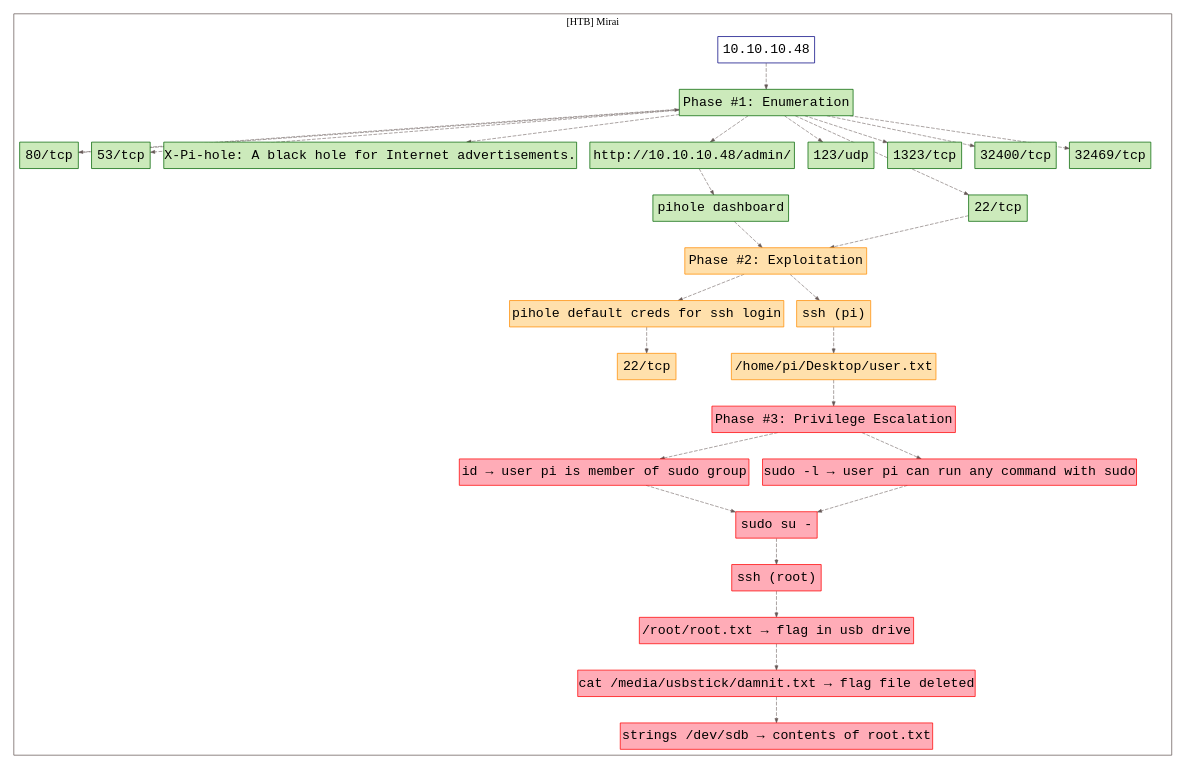
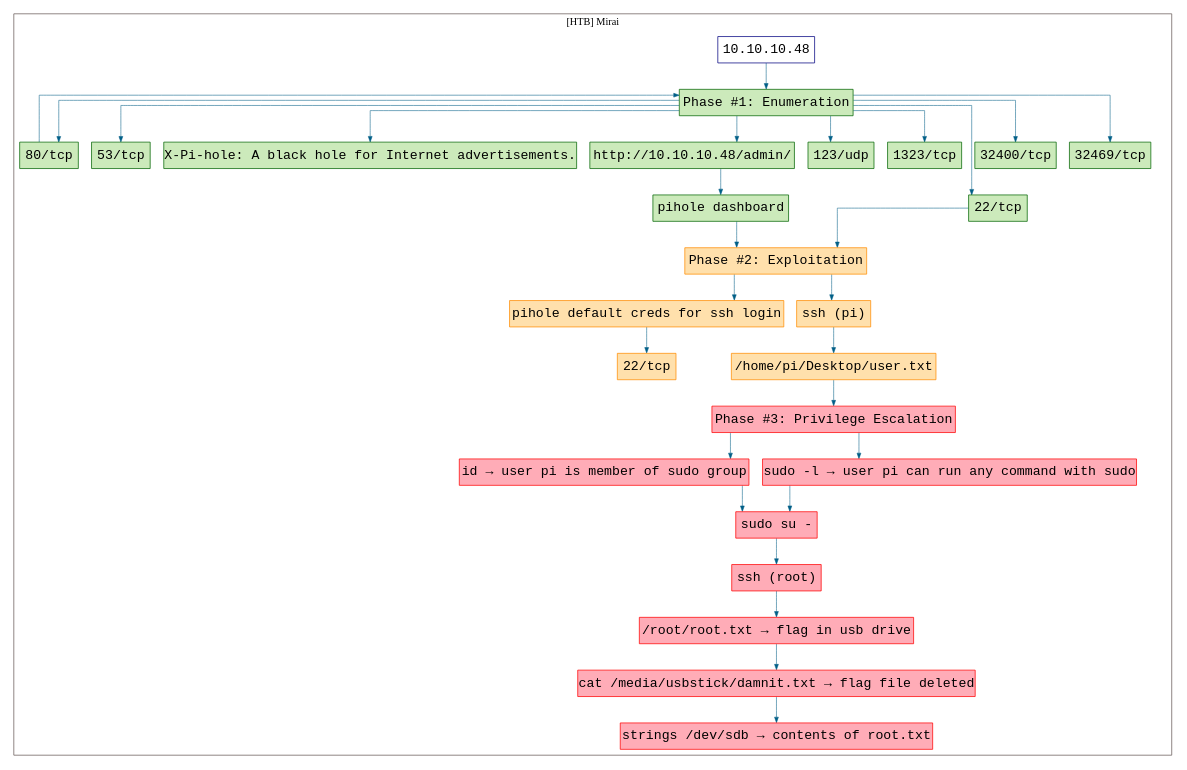
One commit to 7h3rAm/writeups changed the diagram in htb.mirai/killchain.dot. Above: the diagram before and after it, drawn with Graphviz. The commit also changed 112 other files, not shown here.

```diff
--- a/htb.mirai/killchain.dot
+++ b/htb.mirai/killchain.dot
@@ -1,65 +1,65 @@
 digraph G {
   #rankdir=LR;
-  nodesdictep=1.0; splines="line"; K=0.6; overlap=scale; fixedsize=true; resolution=72; bgcolor="#ffffff"; outputorder="edgesfirst";
+  nodesdictep=1.0; splines="ortho"; K=0.6; overlap=scale; fixedsize=true; resolution=72; bgcolor="#ffffff"; outputorder="edgesfirst";
   node [fontname="courier" fontsize=18 shape=box width=0.25 fillcolor="white" style="filled,solid"];
-  edge [style=dashed color="#665957" penwidth=0.75 arrowsize=0.6];
+  edge [style=solid color="#005f87" penwidth=0.75 arrowsize=0.75];
 
   0[label="10.10.10.48" color="navyblue" fillcolor="#ffffff" tooltip="[HTB] Mirai"];
   10[label="ssh (root)" color="red" fillcolor="#ffacb7" tooltip="Phase #3:Privilege Escalation"];
   11[label="/root/root.txt → flag in usb drive" color="red" fillcolor="#ffacb7" tooltip="Phase #3:Privilege Escalation"];
   12[label="cat /media/usbstick/damnit.txt → flag file deleted" color="red" fillcolor="#ffacb7" tooltip="Phase #3:Privilege Escalation"];
   13[label="strings /dev/sdb → contents of root.txt" color="red" fillcolor="#ffacb7" tooltip="Phase #3:Privilege Escalation"];
   14[label="53/tcp" color="darkgreen" fillcolor="#cceabb" tooltip="Phase #1:Enumeration"];
   15[label="80/tcp" color="darkgreen" fillcolor="#cceabb" tooltip="Phase #1:Enumeration"];
   16[label="X-Pi-hole: A black hole for Internet advertisements." color="darkgreen" fillcolor="#cceabb" tooltip="Phase #1:Enumeration"];
   17[label="http://10.10.10.48/admin/" color="darkgreen" fillcolor="#cceabb" tooltip="Phase #1:Enumeration"];
   18[label="pihole dashboard" color="darkgreen" fillcolor="#cceabb" tooltip="Phase #1:Enumeration"];
   19[label="pihole default creds for ssh login" color="darkorange" fillcolor="#ffe0ac" tooltip="Phase #2:Exploitation"];
   1[label="Phase #1: Enumeration" color="darkgreen" fillcolor="#cceabb" tooltip="Phase #1:Enumeration"];
   20[label="22/tcp" color="darkorange" fillcolor="#ffe0ac" tooltip="Phase #2:Exploitation"];
   21[label="123/udp" color="darkgreen" fillcolor="#cceabb" tooltip="Phase #1:Enumeration"];
   22[label="1323/tcp" color="darkgreen" fillcolor="#cceabb" tooltip="Phase #1:Enumeration"];
   23[label="32400/tcp" color="darkgreen" fillcolor="#cceabb" tooltip="Phase #1:Enumeration"];
   24[label="32469/tcp" color="darkgreen" fillcolor="#cceabb" tooltip="Phase #1:Enumeration"];
   2[label="22/tcp" color="darkgreen" fillcolor="#cceabb" tooltip="Phase #1:Enumeration"];
   3[label="Phase #2: Exploitation" color="darkorange" fillcolor="#ffe0ac" tooltip="Phase #2:Exploitation"];
   4[label="ssh (pi)" color="darkorange" fillcolor="#ffe0ac" tooltip="Phase #2:Exploitation"];
   5[label="/home/pi/Desktop/user.txt" color="darkorange" fillcolor="#ffe0ac" tooltip="Phase #2:Exploitation"];
   6[label="Phase #3: Privilege Escalation" color="red" fillcolor="#ffacb7" tooltip="Phase #3:Privilege Escalation"];
   7[label="id → user pi is member of sudo group" color="red" fillcolor="#ffacb7" tooltip="Phase #3:Privilege Escalation"];
   8[label="sudo su -" color="red" fillcolor="#ffacb7" tooltip="Phase #3:Privilege Escalation"];
   9[label="sudo -l → user pi can run any command with sudo" color="red" fillcolor="#ffacb7" tooltip="Phase #3:Privilege Escalation"];
 
   subgraph cluster_0 {
     node [style="filled,solid"];
     label = "[HTB] Mirai";
     color = "#665957";
-    0 -> 1 [color="#665957"];
-    1 -> 14 [color="#665957"];
-    1 -> 15 [color="#665957"];
-    1 -> 16 [color="#665957"];
-    1 -> 17 [color="#665957"];
-    1 -> 2 [color="#665957"];
-    1 -> 21 [color="#665957"];
-    1 -> 22 [color="#665957"];
-    1 -> 23 [color="#665957"];
-    1 -> 24 [color="#665957"];
-    10 -> 11 [color="#665957"];
-    11 -> 12 [color="#665957"];
-    12 -> 13 [color="#665957"];
-    15 -> 1 [color="#665957"];
-    17 -> 18 [color="#665957"];
-    18 -> 3 [color="#665957"];
-    19 -> 20 [color="#665957"];
-    2 -> 3 [color="#665957"];
-    3 -> 19 [color="#665957"];
-    3 -> 4 [color="#665957"];
-    4 -> 5 [color="#665957"];
-    5 -> 6 [color="#665957"];
-    6 -> 7 [color="#665957"];
-    6 -> 9 [color="#665957"];
-    7 -> 8 [color="#665957"];
-    8 -> 10 [color="#665957"];
-    9 -> 8 [color="#665957"];
+    0 -> 1 [color="#005f87"];
+    1 -> 14 [color="#005f87"];
+    1 -> 15 [color="#005f87"];
+    1 -> 16 [color="#005f87"];
+    1 -> 17 [color="#005f87"];
+    1 -> 2 [color="#005f87"];
+    1 -> 21 [color="#005f87"];
+    1 -> 22 [color="#005f87"];
+    1 -> 23 [color="#005f87"];
+    1 -> 24 [color="#005f87"];
+    10 -> 11 [color="#005f87"];
+    11 -> 12 [color="#005f87"];
+    12 -> 13 [color="#005f87"];
+    15 -> 1 [color="#005f87"];
+    17 -> 18 [color="#005f87"];
+    18 -> 3 [color="#005f87"];
+    19 -> 20 [color="#005f87"];
+    2 -> 3 [color="#005f87"];
+    3 -> 19 [color="#005f87"];
+    3 -> 4 [color="#005f87"];
+    4 -> 5 [color="#005f87"];
+    5 -> 6 [color="#005f87"];
+    6 -> 7 [color="#005f87"];
+    6 -> 9 [color="#005f87"];
+    7 -> 8 [color="#005f87"];
+    8 -> 10 [color="#005f87"];
+    9 -> 8 [color="#005f87"];
   }
 }
```
